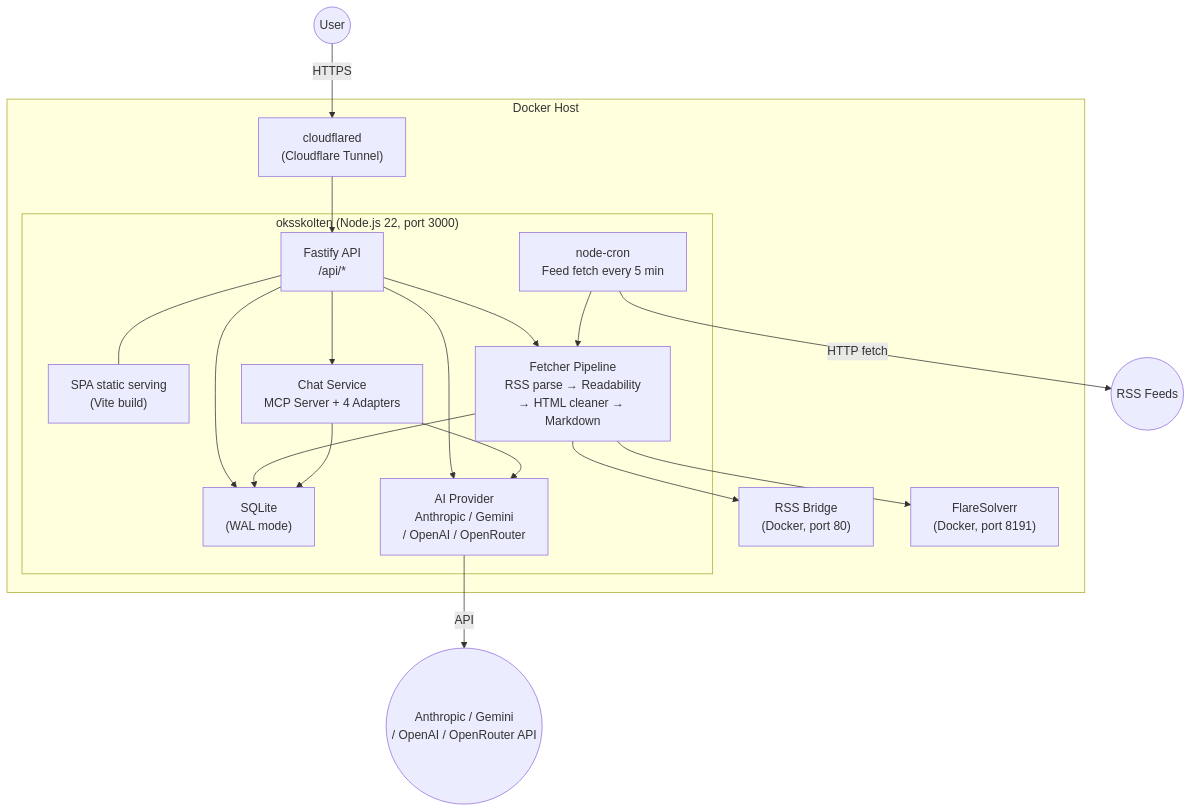
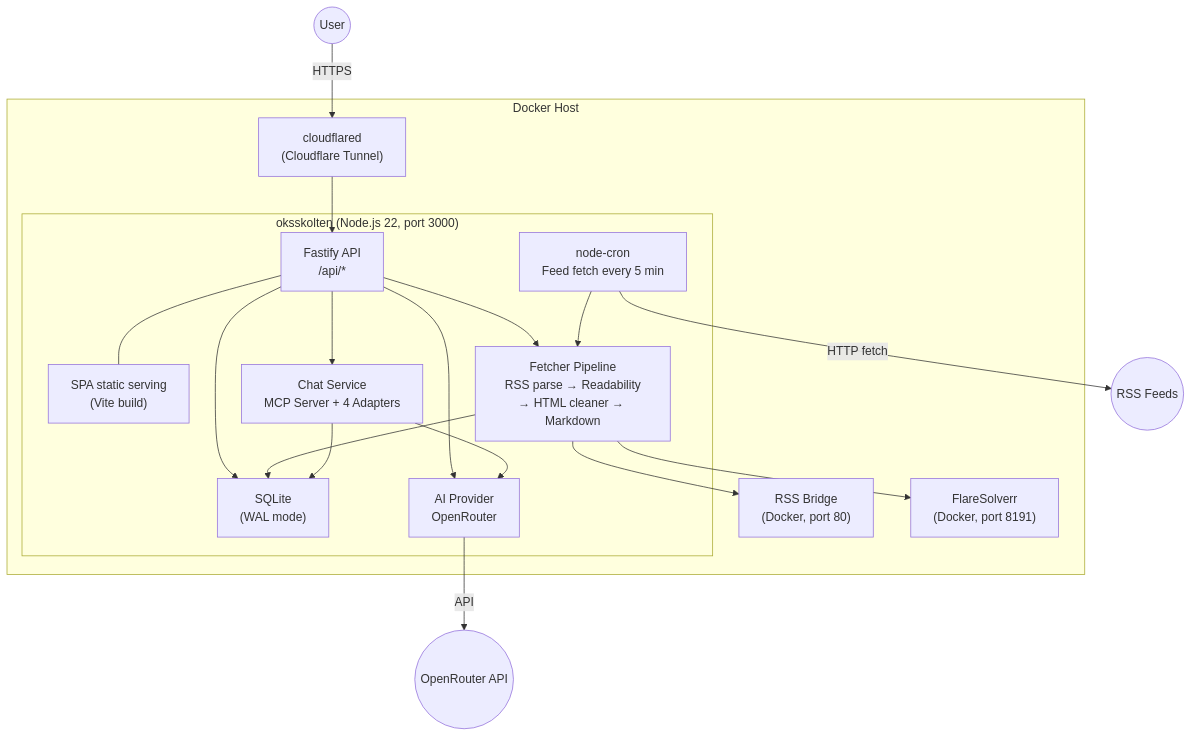
One commit to pco2699/oksskolten changed the diagram in README.md. Above: the diagram before and after it, drawn with Mermaid. The commit also changed other lines of this file and 82 other files, not shown here.

````diff
--- a/README.md
+++ b/README.md
@@ -85,35 +85,35 @@
 ```mermaid
 graph TD
     subgraph host["Docker Host"]
         subgraph app["oksskolten (Node.js 22, port 3000)"]
             fastify["Fastify API<br/>/api/*"]
             spa["SPA static serving<br/>(Vite build)"]
             sqlite["SQLite<br/>(WAL mode)"]
             cron["node-cron<br/>Feed fetch every 5 min"]
             fetcher["Fetcher Pipeline<br/>RSS parse → Readability<br/>→ HTML cleaner → Markdown"]
-            ai["AI Provider<br/>Anthropic / Gemini<br/>/ OpenAI / OpenRouter"]
+            ai["AI Provider<br/>OpenRouter"]
             chat["Chat Service<br/>MCP Server + 4 Adapters"]
 
             fastify --> sqlite
             fastify --- spa
             fastify --> fetcher
             fastify --> ai
             fastify --> chat
             cron --> fetcher
             fetcher --> sqlite
             chat --> sqlite
             chat --> ai
         end
 
         bridge["RSS Bridge<br/>(Docker, port 80)"]
         flare["FlareSolverr<br/>(Docker, port 8191)"]
         tunnel["cloudflared<br/>(Cloudflare Tunnel)"]
     end
 
     user(("User")) -- "HTTPS" --> tunnel
     tunnel --> fastify
     cron -- "HTTP fetch" --> rss(("RSS Feeds"))
     fetcher --> bridge
     fetcher --> flare
-    ai -- "API" --> llm_api(("Anthropic / Gemini<br/>/ OpenAI / OpenRouter API"))
+    ai -- "API" --> llm_api(("OpenRouter API"))
 ```
````
